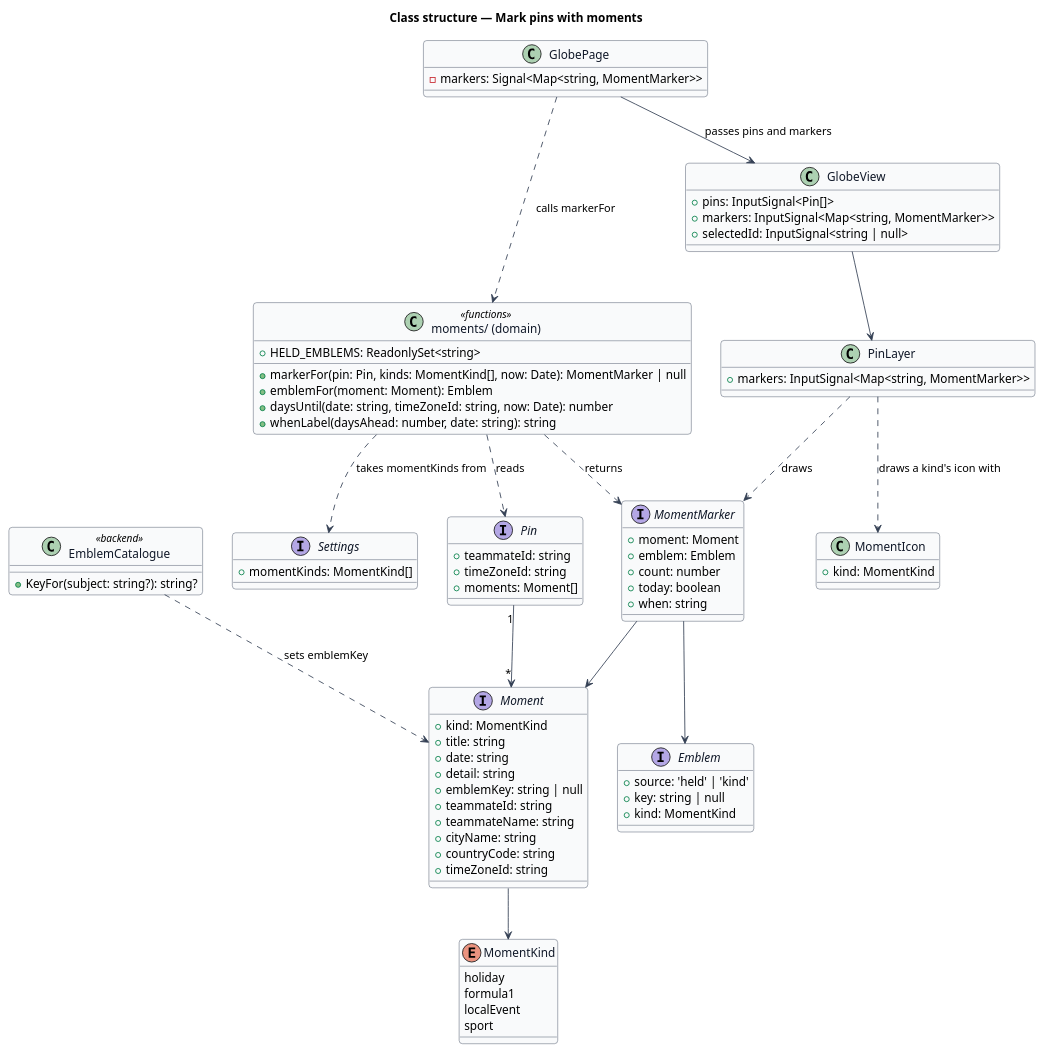
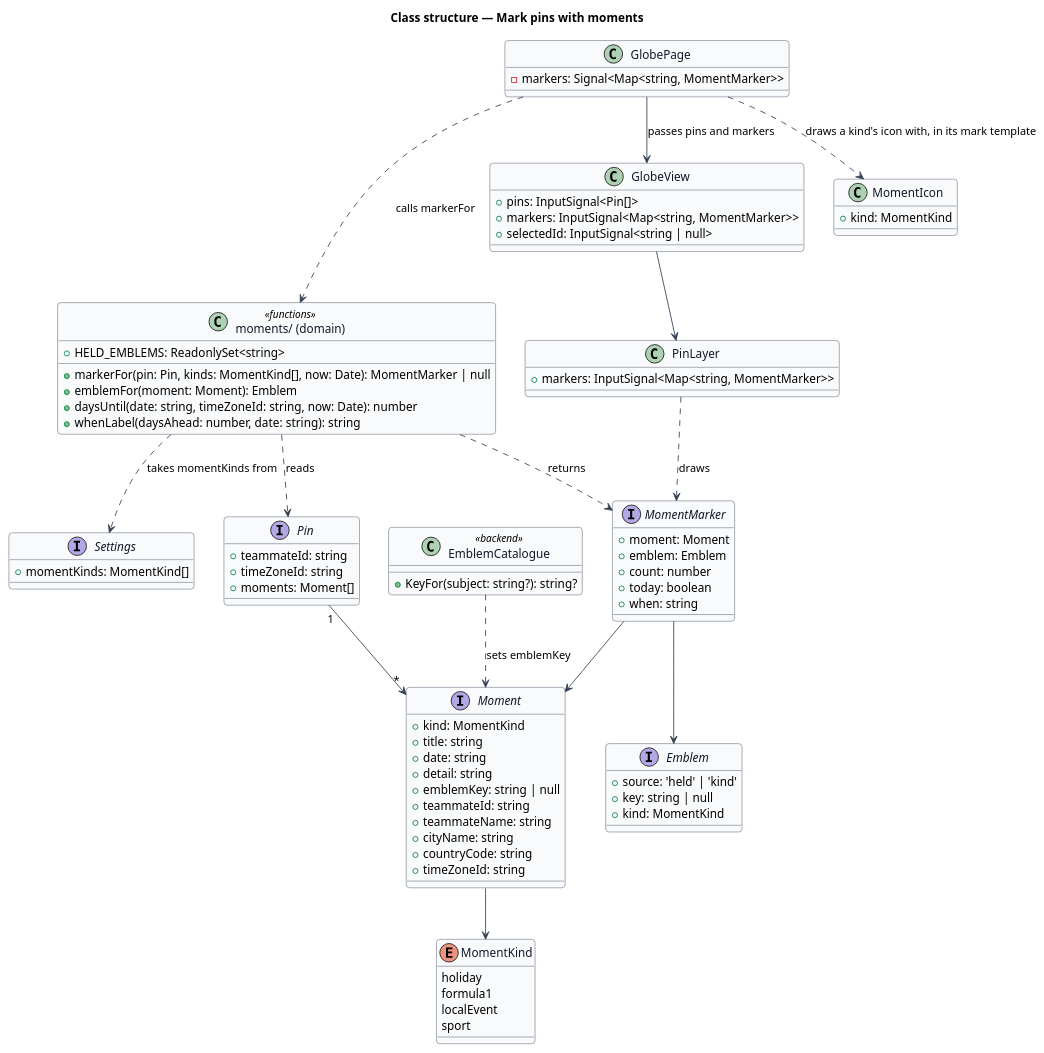
One commit to QuinntyneBrown/Mondino changed the diagram in docs/detailed-designs/moments/mark-pins-with-moments/diagrams/class-structure.puml. Above: the diagram before and after it, drawn with PlantUML.

Commit message:
Tenth pass, continued
Claude-Session: https://claude.ai/code/session_01GLzf8ra7T3G1EpMQnDrD4w

```diff
--- a/docs/detailed-designs/moments/mark-pins-with-moments/diagrams/class-structure.puml
+++ b/docs/detailed-designs/moments/mark-pins-with-moments/diagrams/class-structure.puml
@@ -1,103 +1,103 @@
 @startuml
 ' --- shared skin header ---
 skinparam backgroundColor #FFFFFF
 skinparam shadowing false
 skinparam roundcorner 8
 skinparam defaultFontName Arial
 skinparam ArrowColor #344054
 skinparam class {
   BorderColor #344054
   FontColor #101828
   BackgroundColor #F9FAFB
 }
 ' --------------------------
 title Class structure — Mark pins with moments
 
 enum MomentKind {
   holiday
   formula1
   localEvent
   sport
 }
 
 interface Moment {
   +kind: MomentKind
   +title: string
   +date: string
   +detail: string
   +emblemKey: string | null
   +teammateId: string
   +teammateName: string
   +cityName: string
   +countryCode: string
   +timeZoneId: string
 }
 
 interface Pin {
   +teammateId: string
   +timeZoneId: string
   +moments: Moment[]
 }
 
 interface Settings {
   +momentKinds: MomentKind[]
 }
 
 interface Emblem {
   +source: 'held' | 'kind'
   +key: string | null
   +kind: MomentKind
 }
 
 interface MomentMarker {
   +moment: Moment
   +emblem: Emblem
   +count: number
   +today: boolean
   +when: string
 }
 
 class "moments/ (domain)" as moments <<functions>> {
   +markerFor(pin: Pin, kinds: MomentKind[], now: Date): MomentMarker | null
   +emblemFor(moment: Moment): Emblem
   +daysUntil(date: string, timeZoneId: string, now: Date): number
   +whenLabel(daysAhead: number, date: string): string
   +HELD_EMBLEMS: ReadonlySet<string>
 }
 
 class EmblemCatalogue <<backend>> {
   +KeyFor(subject: string?): string?
 }
 
 class GlobePage {
   -markers: Signal<Map<string, MomentMarker>>
 }
 
 class GlobeView {
   +pins: InputSignal<Pin[]>
   +markers: InputSignal<Map<string, MomentMarker>>
   +selectedId: InputSignal<string | null>
 }
 
 class PinLayer {
   +markers: InputSignal<Map<string, MomentMarker>>
 }
 
 class MomentIcon {
   +kind: MomentKind
 }
 
 GlobePage ..> moments : calls markerFor
 GlobePage --> GlobeView : passes pins and markers
 moments ..> Pin : reads
 moments ..> Settings : takes momentKinds from
 moments ..> MomentMarker : returns
 MomentMarker --> Moment
 MomentMarker --> Emblem
 Pin "1" --> "*" Moment
 Moment --> MomentKind
 EmblemCatalogue ..> Moment : sets emblemKey
 GlobeView --> PinLayer
 PinLayer ..> MomentMarker : draws
-PinLayer ..> MomentIcon : draws a kind's icon with
+GlobePage ..> MomentIcon : draws a kind's icon with, in its mark template
 @enduml
```
